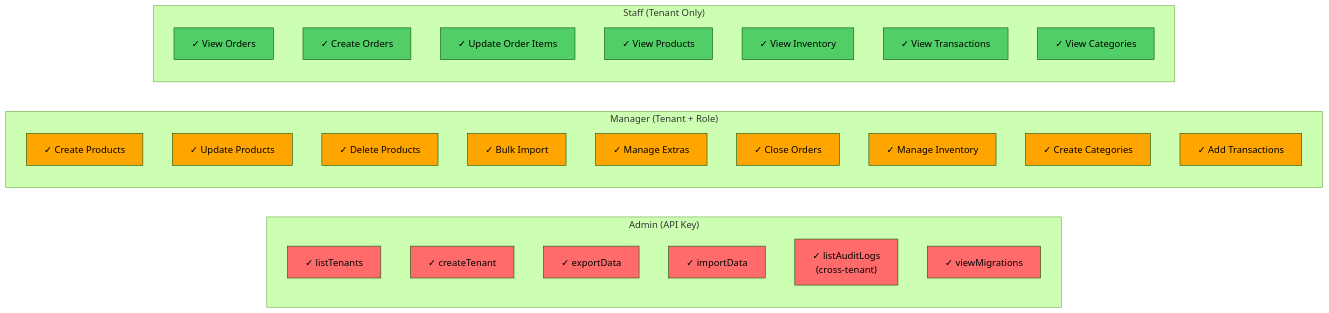
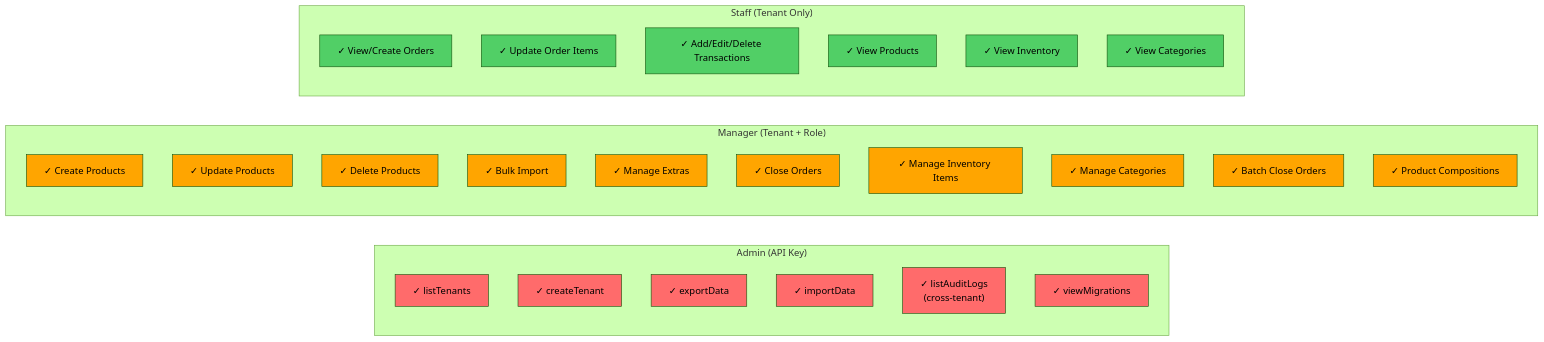
The third of 13 diagrams in RBAC_TENANCY_ARCHITECTURE.md (BarreraSlzr/orders_managment), drawn with Mermaid (forest theme) before and after one commit. The commit also changed other lines of this file, not shown here.

Commit message:
feat(inventory): enhance transaction management and update RBAC roles for inventory operations

````diff
--- a/RBAC_TENANCY_ARCHITECTURE.md
+++ b/RBAC_TENANCY_ARCHITECTURE.md
@@ -181,56 +181,56 @@
 ```mermaid
 graph LR
     subgraph "Admin (API Key)"
         A1["✓ listTenants"]
         A2["✓ createTenant"]
         A3["✓ exportData"]
         A4["✓ importData"]
         A5["✓ listAuditLogs<br/>(cross-tenant)"]
         A6["✓ viewMigrations"]
     end
 
     subgraph "Manager (Tenant + Role)"
         M1["✓ Create Products"]
         M2["✓ Update Products"]
         M3["✓ Delete Products"]
         M4["✓ Bulk Import"]
         M5["✓ Manage Extras"]
         M6["✓ Close Orders"]
-        M7["✓ Manage Inventory"]
-        M8["✓ Create Categories"]
-        M9["✓ Add Transactions"]
+        M7["✓ Manage Inventory Items"]
+        M8["✓ Manage Categories"]
+        M9["✓ Batch Close Orders"]
+        M10["✓ Product Compositions"]
     end
 
     subgraph "Staff (Tenant Only)"
-        S1["✓ View Orders"]
-        S2["✓ Create Orders"]
-        S3["✓ Update Order Items"]
+        S1["✓ View/Create Orders"]
+        S2["✓ Update Order Items"]
+        S3["✓ Add/Edit/Delete Transactions"]
         S4["✓ View Products"]
         S5["✓ View Inventory"]
-        S6["✓ View Transactions"]
-        S7["✓ View Categories"]
+        S6["✓ View Categories"]
     end
 
     style A1 fill:#ff6b6b
     style A2 fill:#ff6b6b
     style A3 fill:#ff6b6b
     style A4 fill:#ff6b6b
     style A5 fill:#ff6b6b
     style A6 fill:#ff6b6b
     style M1 fill:#ffa500
     style M2 fill:#ffa500
     style M3 fill:#ffa500
     style M4 fill:#ffa500
     style M5 fill:#ffa500
     style M6 fill:#ffa500
     style M7 fill:#ffa500
     style M8 fill:#ffa500
     style M9 fill:#ffa500
+    style M10 fill:#ffa500
     style S1 fill:#51cf66
     style S2 fill:#51cf66
     style S3 fill:#51cf66
     style S4 fill:#51cf66
     style S5 fill:#51cf66
     style S6 fill:#51cf66
-    style S7 fill:#51cf66
 ```
````
